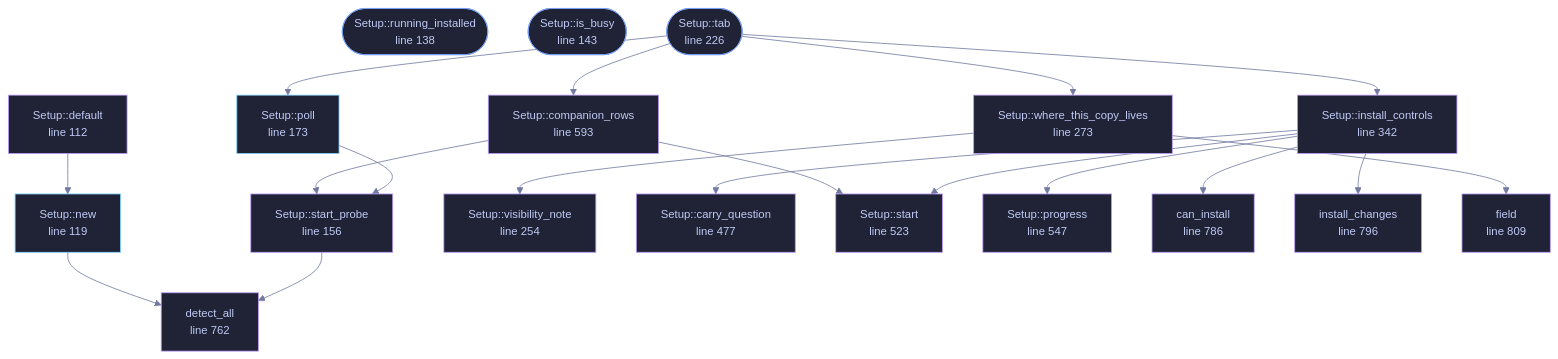
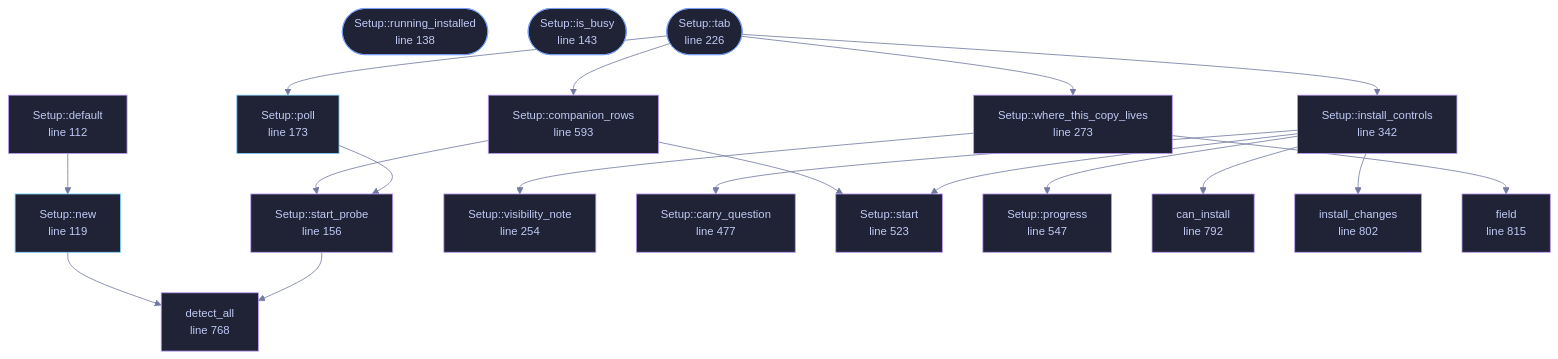
One commit to tilas01/veilvoice changed the diagram in docs/files/veilvoice-gui/setup.md. Above: the diagram before and after it, drawn with Mermaid. The commit also changed other lines of this file and 63 other files, not shown here.

````diff
--- a/docs/files/veilvoice-gui/setup.md
+++ b/docs/files/veilvoice-gui/setup.md
@@ -113,63 +113,63 @@
 ```mermaid
 %%{init: {"theme":"base","themeVariables":{"background":"#1a1b26","primaryColor":"#1f2335","primaryTextColor":"#c0caf5","primaryBorderColor":"#7aa2f7","secondaryColor":"#16161e","tertiaryColor":"#16161e","lineColor":"#737aa2","textColor":"#c0caf5","mainBkg":"#1f2335","nodeBorder":"#7aa2f7","clusterBkg":"#16161e","clusterBorder":"#2f3549","fontFamily":"ui-monospace, SFMono-Regular, Consolas, monospace","fontSize":"14px"}}}%%
 flowchart TD
     n_default["Setup::default<br/>line 112"]
     n_new["Setup::new<br/>line 119"]
     n_running_installed(["Setup::running_installed<br/>line 138"])
     n_is_busy(["Setup::is_busy<br/>line 143"])
     n_start_probe["Setup::start_probe<br/>line 156"]
     n_poll["Setup::poll<br/>line 173"]
     n_tab(["Setup::tab<br/>line 226"])
     n_visibility_note["Setup::visibility_note<br/>line 254"]
     n_where_this_copy_lives["Setup::where_this_copy_lives<br/>line 273"]
     n_install_controls["Setup::install_controls<br/>line 342"]
     n_carry_question["Setup::carry_question<br/>line 477"]
     n_start["Setup::start<br/>line 523"]
     n_progress["Setup::progress<br/>line 547"]
     n_companion_rows["Setup::companion_rows<br/>line 593"]
-    n_detect_all["detect_all<br/>line 762"]
-    n_can_install["can_install<br/>line 786"]
-    n_install_changes["install_changes<br/>line 796"]
-    n_field["field<br/>line 809"]
+    n_detect_all["detect_all<br/>line 768"]
+    n_can_install["can_install<br/>line 792"]
+    n_install_changes["install_changes<br/>line 802"]
+    n_field["field<br/>line 815"]
     n_companion_rows --> n_start
     n_companion_rows --> n_start_probe
     n_default --> n_new
     n_install_controls --> n_can_install
     n_install_controls --> n_carry_question
     n_install_controls --> n_install_changes
     n_install_controls --> n_progress
     n_install_controls --> n_start
     n_new --> n_detect_all
     n_poll --> n_start_probe
     n_start_probe --> n_detect_all
     n_tab --> n_companion_rows
     n_tab --> n_install_controls
     n_tab --> n_poll
     n_tab --> n_where_this_copy_lives
     n_where_this_copy_lives --> n_field
     n_where_this_copy_lives --> n_visibility_note
     click n_default href "https://github.com/tilas01/veilvoice/blob/main/crates/veilvoice-gui/src/setup.rs#L112" "open the source"
     click n_new href "https://github.com/tilas01/veilvoice/blob/main/crates/veilvoice-gui/src/setup.rs#L119" "open the source"
     click n_running_installed href "https://github.com/tilas01/veilvoice/blob/main/crates/veilvoice-gui/src/setup.rs#L138" "open the source"
     click n_is_busy href "https://github.com/tilas01/veilvoice/blob/main/crates/veilvoice-gui/src/setup.rs#L143" "open the source"
     click n_start_probe href "https://github.com/tilas01/veilvoice/blob/main/crates/veilvoice-gui/src/setup.rs#L156" "open the source"
     click n_poll href "https://github.com/tilas01/veilvoice/blob/main/crates/veilvoice-gui/src/setup.rs#L173" "open the source"
     click n_tab href "https://github.com/tilas01/veilvoice/blob/main/crates/veilvoice-gui/src/setup.rs#L226" "open the source"
     click n_visibility_note href "https://github.com/tilas01/veilvoice/blob/main/crates/veilvoice-gui/src/setup.rs#L254" "open the source"
     click n_where_this_copy_lives href "https://github.com/tilas01/veilvoice/blob/main/crates/veilvoice-gui/src/setup.rs#L273" "open the source"
     click n_install_controls href "https://github.com/tilas01/veilvoice/blob/main/crates/veilvoice-gui/src/setup.rs#L342" "open the source"
     click n_carry_question href "https://github.com/tilas01/veilvoice/blob/main/crates/veilvoice-gui/src/setup.rs#L477" "open the source"
     click n_start href "https://github.com/tilas01/veilvoice/blob/main/crates/veilvoice-gui/src/setup.rs#L523" "open the source"
     click n_progress href "https://github.com/tilas01/veilvoice/blob/main/crates/veilvoice-gui/src/setup.rs#L547" "open the source"
     click n_companion_rows href "https://github.com/tilas01/veilvoice/blob/main/crates/veilvoice-gui/src/setup.rs#L593" "open the source"
-    click n_detect_all href "https://github.com/tilas01/veilvoice/blob/main/crates/veilvoice-gui/src/setup.rs#L762" "open the source"
-    click n_can_install href "https://github.com/tilas01/veilvoice/blob/main/crates/veilvoice-gui/src/setup.rs#L786" "open the source"
-    click n_install_changes href "https://github.com/tilas01/veilvoice/blob/main/crates/veilvoice-gui/src/setup.rs#L796" "open the source"
-    click n_field href "https://github.com/tilas01/veilvoice/blob/main/crates/veilvoice-gui/src/setup.rs#L809" "open the source"
+    click n_detect_all href "https://github.com/tilas01/veilvoice/blob/main/crates/veilvoice-gui/src/setup.rs#L768" "open the source"
+    click n_can_install href "https://github.com/tilas01/veilvoice/blob/main/crates/veilvoice-gui/src/setup.rs#L792" "open the source"
+    click n_install_changes href "https://github.com/tilas01/veilvoice/blob/main/crates/veilvoice-gui/src/setup.rs#L802" "open the source"
+    click n_field href "https://github.com/tilas01/veilvoice/blob/main/crates/veilvoice-gui/src/setup.rs#L815" "open the source"
     classDef entry fill:#1f2335,stroke:#7aa2f7,color:#c0caf5
     class n_running_installed,n_is_busy,n_tab entry
     classDef api fill:#1f2335,stroke:#7dcfff,color:#c0caf5
     class n_new,n_poll api
     classDef helper fill:#1f2335,stroke:#bb9af7,color:#c0caf5
     class n_default,n_start_probe,n_visibility_note,n_where_this_copy_lives,n_install_controls,n_carry_question,n_start,n_progress,n_companion_rows,n_detect_all,n_can_install,n_install_changes,n_field helper
 ```
````
